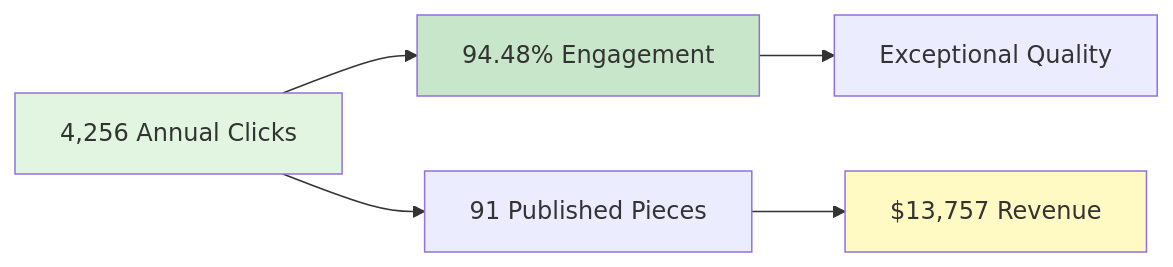
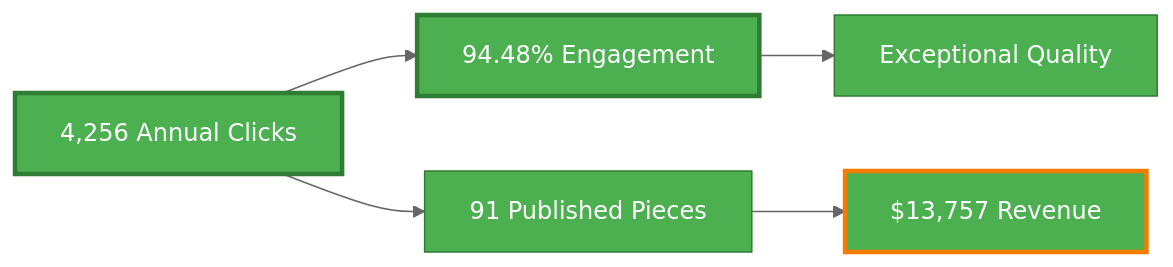
One commit to neothink-society/neothink.com changed the diagram in README.md. Above: the diagram before and after it, drawn with Mermaid. The commit also changed 3 other files, not shown here.

First line of the commit message:
Fix Mermaid diagrams for light/dark mode compatibility

````diff
--- a/README.md
+++ b/README.md
@@ -7,11 +7,12 @@
 ```mermaid
+%%{init: {'theme':'base', 'themeVariables': { 'primaryColor':'#4CAF50', 'primaryTextColor':'#fff', 'primaryBorderColor':'#2E7D32', 'lineColor':'#666', 'secondaryColor':'#81C784', 'tertiaryColor':'#FDD835'}}}%%
 graph LR
     A[4,256 Annual Clicks] --> B[94.48% Engagement]
     A --> C[91 Published Pieces]
     B --> D[Exceptional Quality]
     C --> E[$13,757 Revenue]
 
-    style A fill:#e1f5e1
-    style B fill:#c8e6c9
-    style E fill:#fff9c4
+    style A stroke:#2E7D32,stroke-width:3px
+    style B stroke:#2E7D32,stroke-width:3px
+    style E stroke:#F57C00,stroke-width:3px
 ```
````
